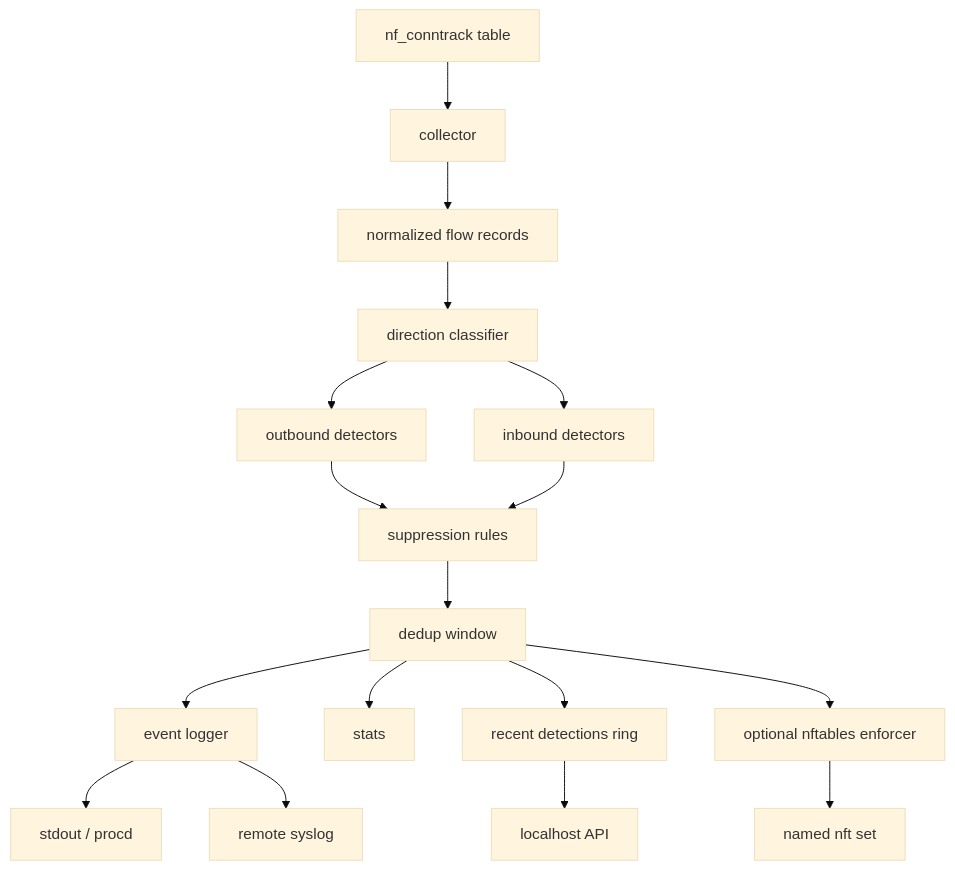
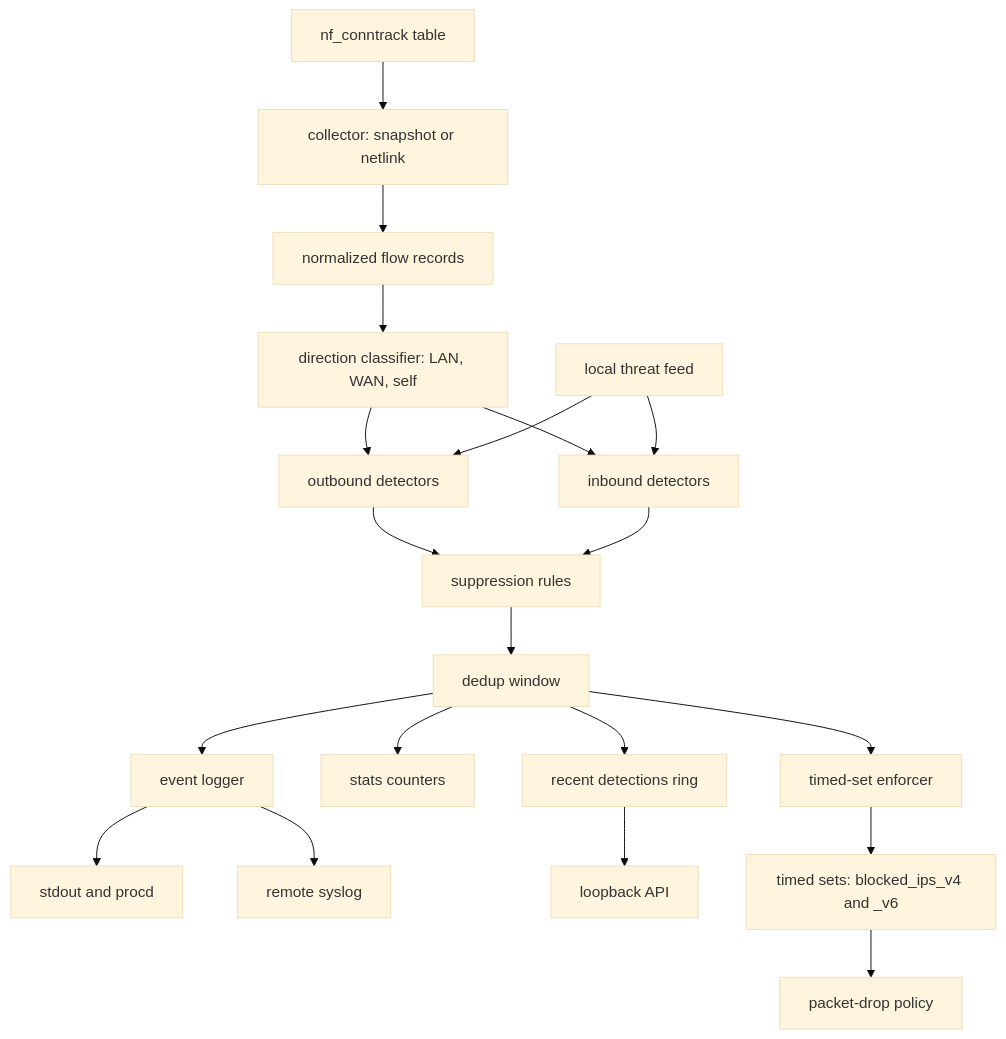
Before and after one commit to ecan0/serpent-wrt: the first of 2 diagrams in docs/architecture.md, drawn with Mermaid (base theme). The commit also changed other lines of this file and 60 other files, not shown here.

First line of the commit message:
feat: rpcd management, packet-drop policy, and release/ARM tooling

````diff
--- a/docs/architecture.md
+++ b/docs/architecture.md
@@ -24,19 +24,22 @@
 ```mermaid
 flowchart TD
-    A["nf_conntrack table"] --> B["collector"]
+    A["nf_conntrack table"] --> B["collector: snapshot or netlink"]
     B --> C["normalized flow records"]
-    C --> D["direction classifier"]
+    C --> D["direction classifier: LAN, WAN, self"]
     D --> E["outbound detectors"]
     D --> F["inbound detectors"]
+    L["local threat feed"] --> E
+    L --> F
     E --> G["suppression rules"]
     F --> G
     G --> H["dedup window"]
     H --> I["event logger"]
-    H --> J["stats"]
+    H --> J["stats counters"]
     H --> K["recent detections ring"]
-    H --> L["optional nftables enforcer"]
-    I --> M["stdout / procd"]
-    I --> N["remote syslog"]
-    K --> O["localhost API"]
-    L --> P["named nft set"]
+    H --> N["timed-set enforcer"]
+    I --> O["stdout and procd"]
+    I --> P["remote syslog"]
+    K --> Q["loopback API"]
+    N --> R["timed sets: blocked_ips_v4 and _v6"]
+    R --> S["packet-drop policy"]
 ```
````
